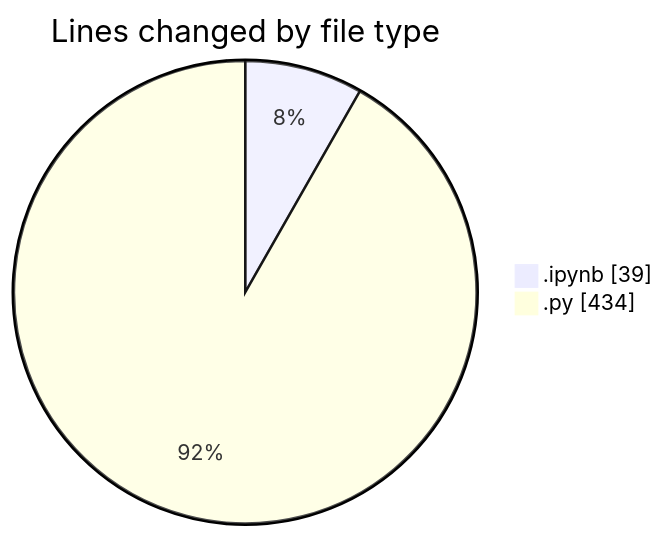
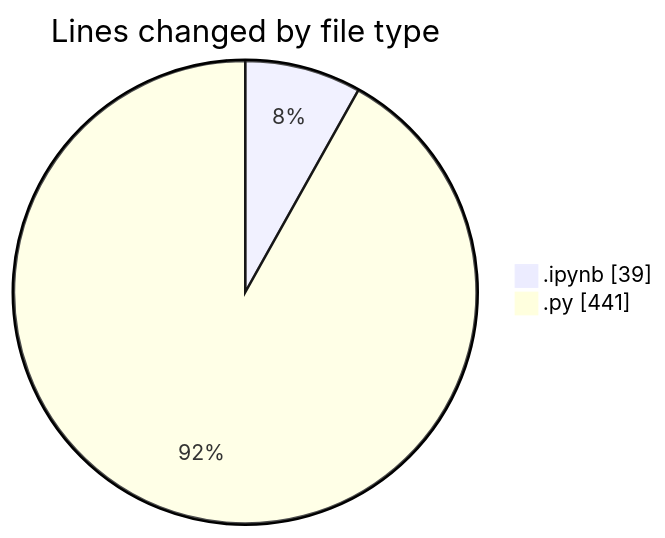
Before and after one commit to MatusMokan/code-tracking: the first of 2 diagrams in 2025-03-15/myws__workspace_/README.md, drawn with Mermaid. The commit also changed other lines of this file and 1 other file, not shown here.

````diff
--- a/2025-03-15/myws__workspace_/README.md
+++ b/2025-03-15/myws__workspace_/README.md
@@ -21,6 +21,6 @@
 ```mermaid
 pie showData
 title Lines changed by file type
 ".ipynb" : 39
-".py" : 434
+".py" : 441
 ```
````
